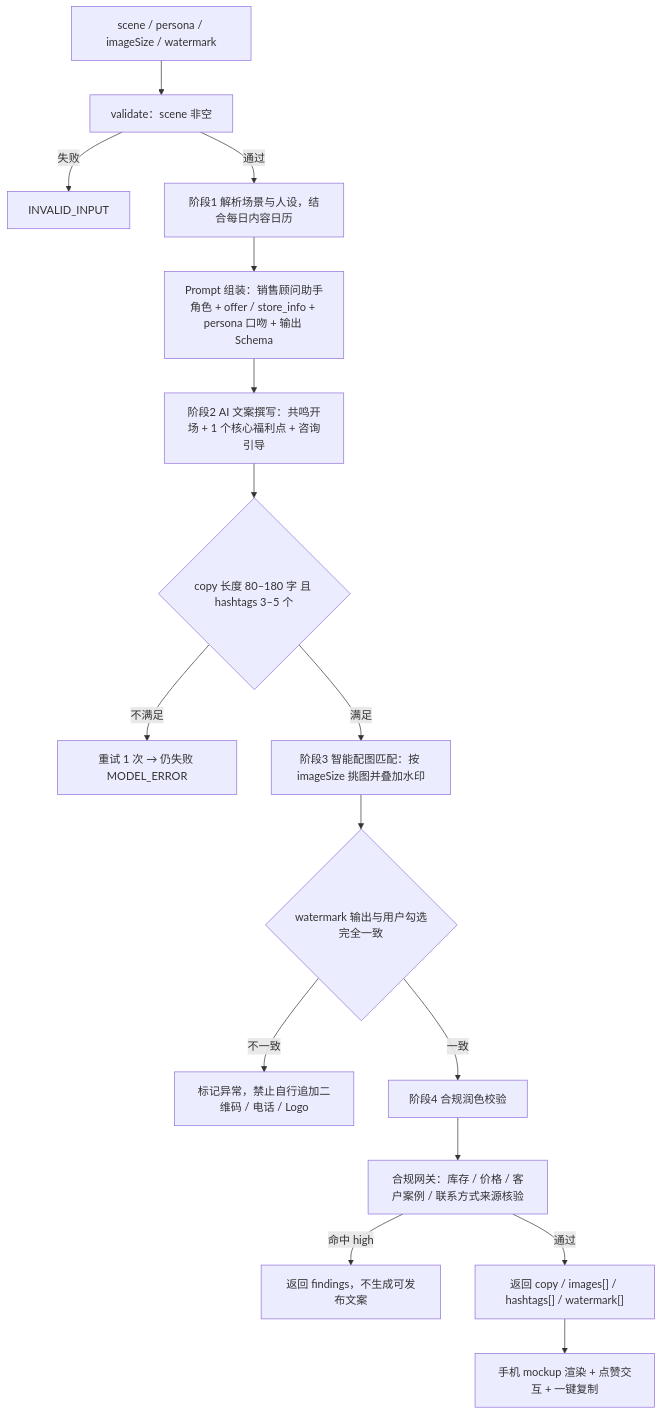
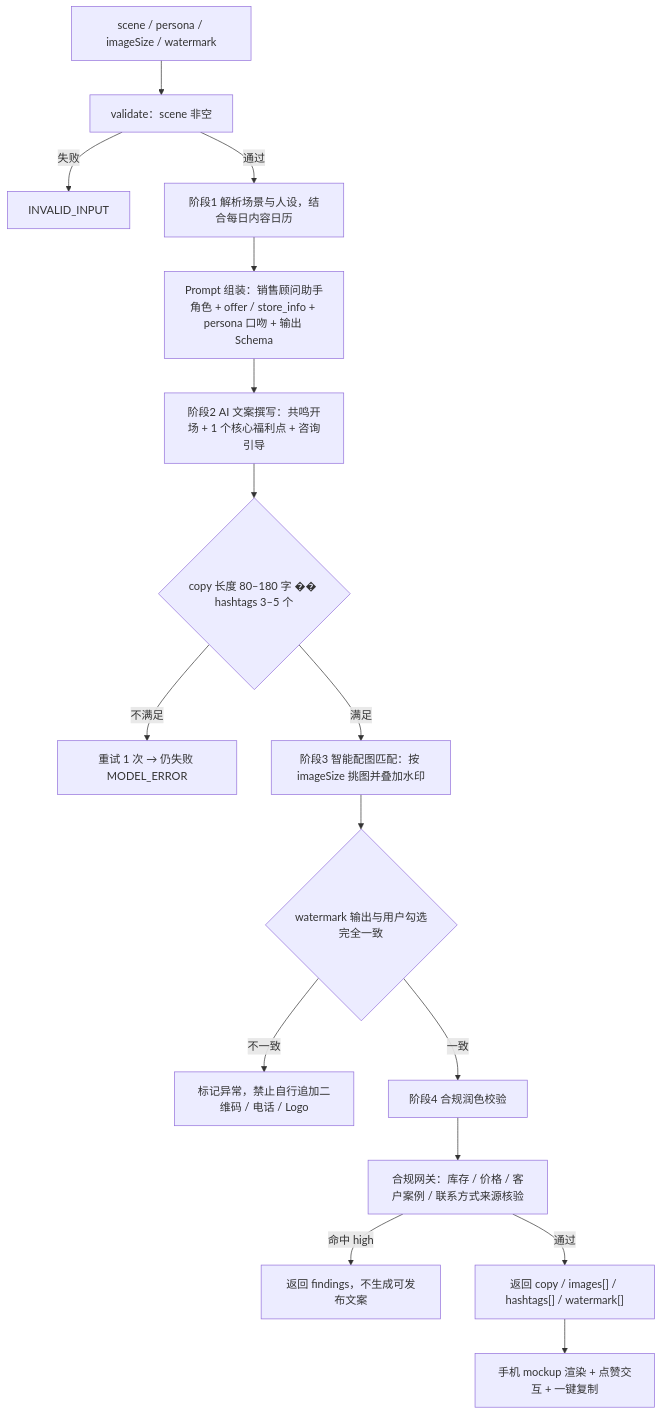
The fifth of 5 diagrams in docs/车智绘AutoAIGC-PRD-v2.0.md (yangyang0723-ai/autoaigc), drawn with Mermaid before and after one commit. The commit also changed other lines of this file and 2 other files, not shown here.

````diff
--- a/docs/车智绘AutoAIGC-PRD-v2.0.md
+++ b/docs/车智绘AutoAIGC-PRD-v2.0.md
@@ -902,18 +900,18 @@
 ```mermaid
 flowchart TD
   A[scene / persona / imageSize / watermark] --> B["validate：scene 非空"]
   B -- 失败 --> B1[INVALID_INPUT]
   B -- 通过 --> C[阶段1 解析场景与人设，结合每日内容日历]
   C --> D["Prompt 组装：销售顾问助手角色 + offer / store_info + persona 口吻 + 输出 Schema"]
   D --> E[阶段2 AI 文案撰写：共鸣开场 + 1 个核心福利点 + 咨询引导]
-  E --> F{"copy 长度 80–180 字 且 hashtags 3–5 个"}
+  E --> F{"copy 长度 80–180 字 �� hashtags 3–5 个"}
   F -- 不满足 --> F1[重试 1 次 → 仍失败 MODEL_ERROR]
   F -- 满足 --> G[阶段3 智能配图匹配：按 imageSize 挑图并叠加水印]
   G --> H{"watermark 输出与用户勾选完全一致"}
   H -- 不一致 --> H1[标记异常，禁止自行追加二维码 / 电话 / Logo]
   H -- 一致 --> I[阶段4 合规润色校验]
   I --> J[合规网关：库存 / 价格 / 客户案例 / 联系方式来源核验]
   J -- 命中 high --> J1["返回 findings，不生成可发布文案"]
   J -- 通过 --> K["返回 copy / images[] / hashtags[] / watermark[]"]
   K --> L[手机 mockup 渲染 + 点赞交互 + 一键复制]
 ```
````
